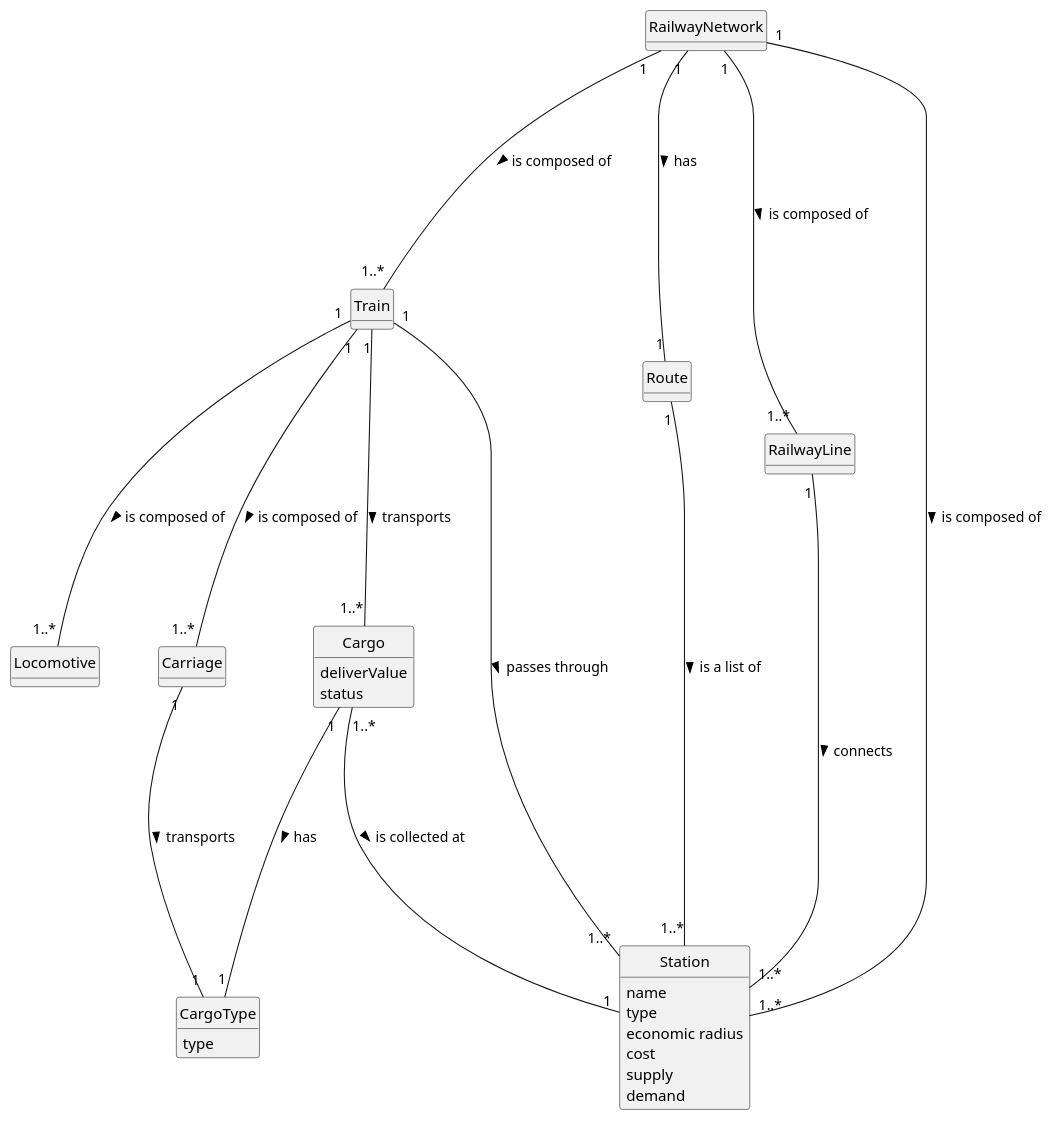
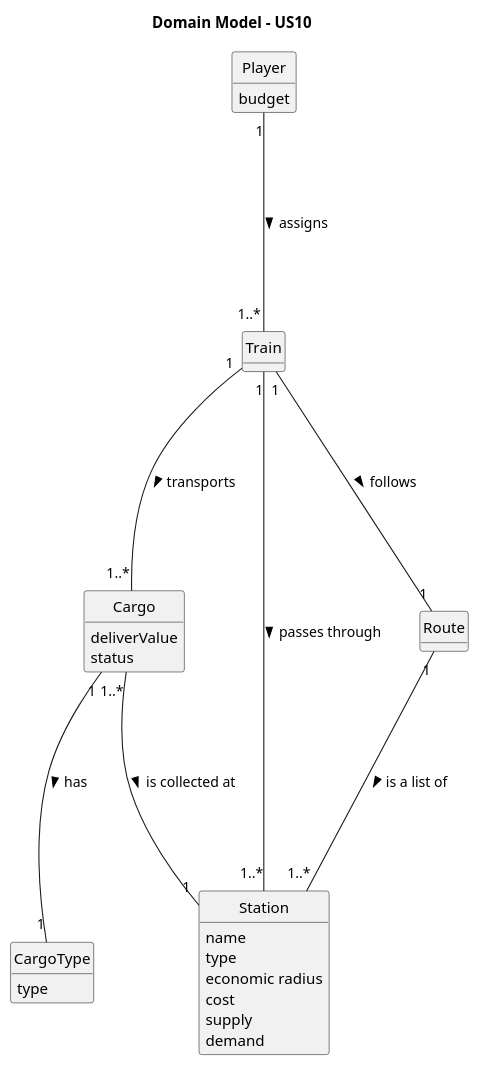
The diagram in docs/system-documentation/sprint 1/US10/02.analysis/puml/US010-DM.puml (Educ00/mdisc-2425), drawn with PlantUML before and after one commit. The commit also changed 8 other files, not shown here.

Commit message:
A few more updates on the domain model, by adding the PO once again. Made the needed adjustments for the US10 and US12 domain model extracts.

```diff
--- a/docs/system-documentation/sprint 1/US10/02.analysis/puml/US010-DM.puml
+++ b/docs/system-documentation/sprint 1/US10/02.analysis/puml/US010-DM.puml
@@ -1,56 +1,48 @@
 @startuml
+
 skinparam monochrome true
 skinparam packageStyle rectangle
 skinparam shadowing false
-
-'left to right direction
-
 skinparam classAttributeIconSize 0
-
 hide circle
 hide methods
 
-'title Domain Model
+title Domain Model - US10
 
 class Cargo{
 deliverValue
 status
 }
 
 class CargoType{
 type
-}
-
-class RailwayNetwork{
 }
 
 class Station{
 name
 type
 economic radius
 cost
 supply
 demand
 }
 
 class Train{
 }
 
 class Route{
 }
 
-RailwayNetwork "1" ---- "1..*" Station : is composed of >
-RailwayNetwork "1" ---- "1..*" RailwayLine : is composed of >
-RailwayNetwork "1" ---- "1..*" Train : is composed of >
+class Player{
+budget
+}
+
+Player "1" ---- "1..*" Train : assigns >
 Train "1" ---- "1..*" Cargo : transports >
-RailwayNetwork "1" ---- "1" Route : has >
+Route "1" ---- "1..*" Station : is a list of >
 Cargo "1..*" ---- "1" Station : is collected at >
 Cargo "1" ---- "1" CargoType : has >
-RailwayLine "1" ---- "1..*" Station : connects >
-Train "1" ---- "1..*" Locomotive : is composed of >
-Train "1" ---- "1..*" Carriage : is composed of >
-Carriage "1" ---- "1" CargoType : transports >
 Train "1" ---- "1..*" Station : passes through >
-Route "1" ---- "1..*" Station : is a list of >
+Train "1" ---- "1" Route : follows >
 
 @enduml
```
